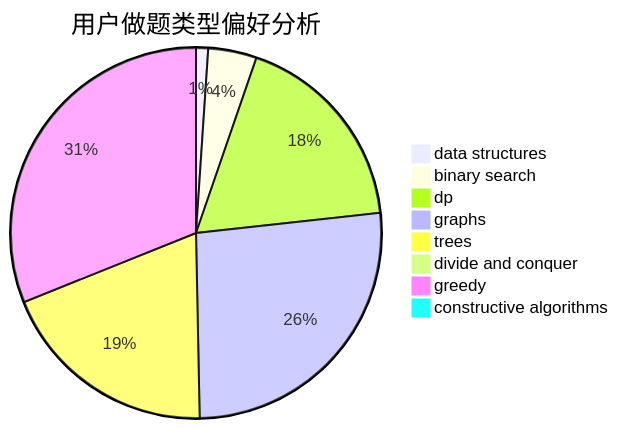
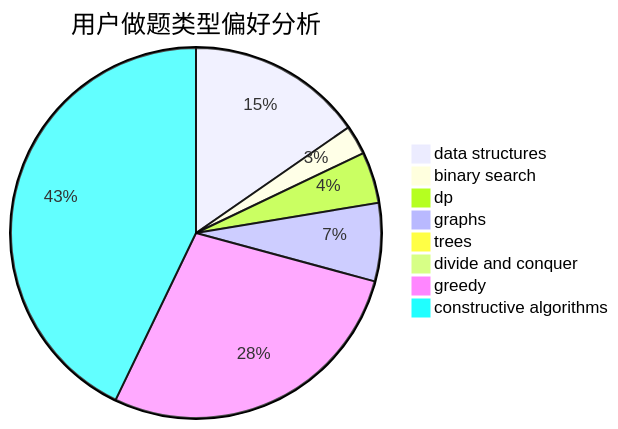
One commit to sherpahu/cfrs.github.io changed the second of 3 diagrams in docs/user/u441.md. Above: the diagram before and after it, drawn with Mermaid. The commit also changed other lines of this file and 2770 other files, not shown here.

````diff
--- a/docs/user/u441.md
+++ b/docs/user/u441.md
@@ -23,11 +23,11 @@
 ```mermaid
 pie title 用户做题类型偏好分析
-    "data structures" :  5
-    "binary search" :  20
-    "dp" :  85
-    "graphs" :  125
-    "trees" :  91
+    "data structures" :  72
+    "binary search" :  12
+    "dp" :  21
+    "graphs" :  32
+    "trees" :  2
     "divide and conquer" :  0
-    "greedy" :  147
-    "constructive algorithms" :  0
+    "greedy" :  131
+    "constructive algorithms" :  201
 ```
````
